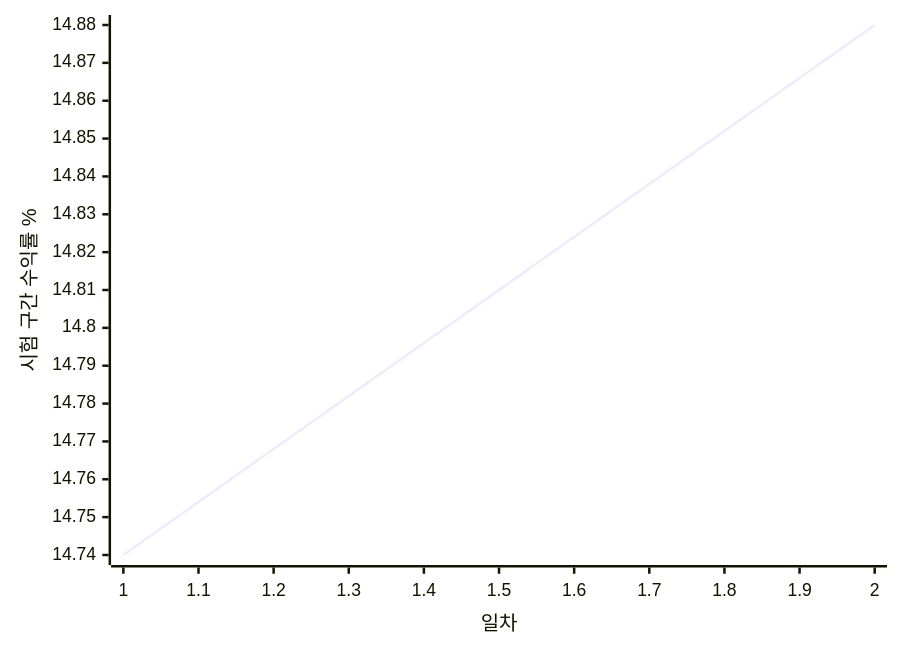
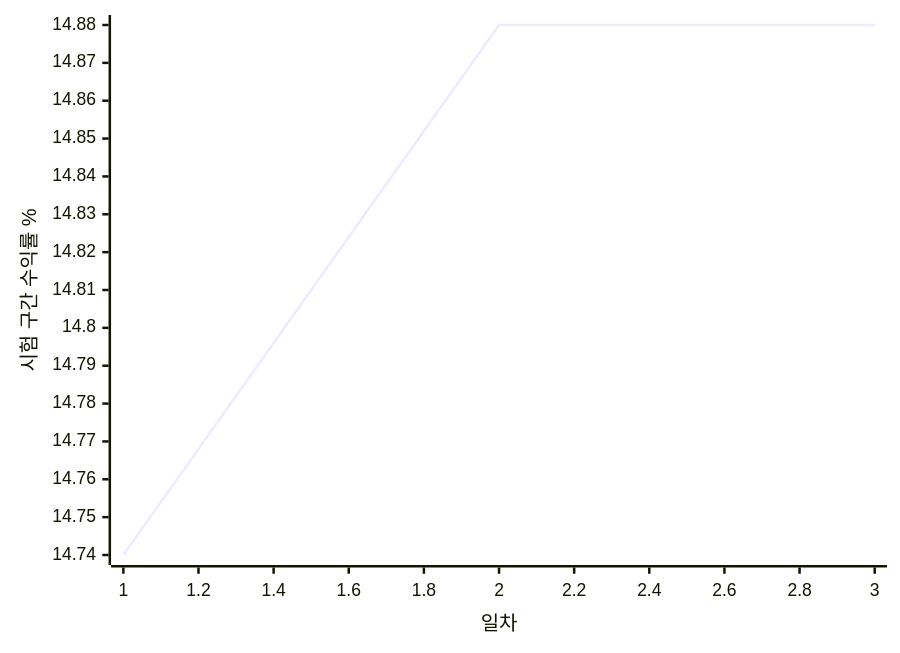
Before and after one commit to ksuin39/24h_bot: the second of 2 diagrams in evolution/README.md, drawn with Mermaid. The commit also changed other lines of this file and 4 other files, not shown here.

````diff
--- a/evolution/README.md
+++ b/evolution/README.md
@@ -32,6 +34,6 @@
 ```mermaid
 xychart-beta
-    x-axis "일차" 1 --> 2
+    x-axis "일차" 1 --> 3
     y-axis "시험 구간 수익률 %"
-    line [14.74, 14.88]
+    line [14.74, 14.88, 14.88]
 ```
````
